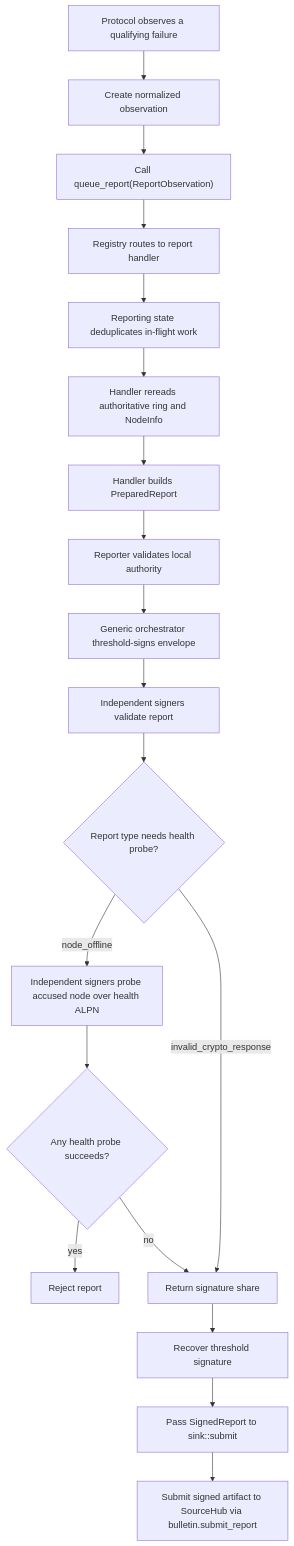
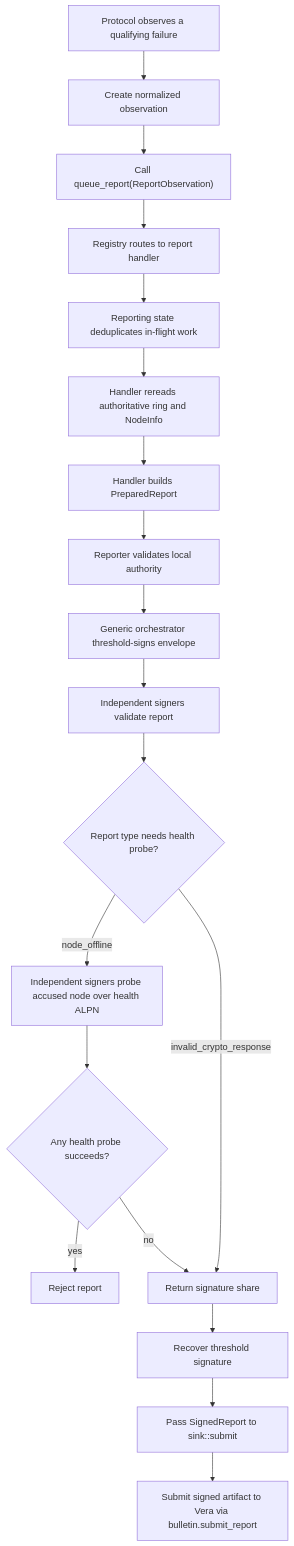
Before and after one commit to sourcenetwork/orbis-rs: the diagram in bin/orbis-node/src/reporting/README.md, drawn with Mermaid. The commit also changed other lines of this file and 106 other files, not shown here.

````diff
--- a/bin/orbis-node/src/reporting/README.md
+++ b/bin/orbis-node/src/reporting/README.md
@@ -55,21 +55,21 @@
 ```mermaid
 flowchart TD
     A["Protocol observes a qualifying failure"] --> B["Create normalized observation"]
     B --> C["Call queue_report(ReportObservation)"]
     C --> D["Registry routes to report handler"]
     D --> E["Reporting state deduplicates in-flight work"]
     E --> F["Handler rereads authoritative ring and NodeInfo"]
     F --> G["Handler builds PreparedReport"]
     G --> H["Reporter validates local authority"]
     H --> I["Generic orchestrator threshold-signs envelope"]
     I --> J["Independent signers validate report"]
     J --> K{"Report type needs health probe?"}
     K -- "node_offline" --> L["Independent signers probe accused node over health ALPN"]
     L --> M{"Any health probe succeeds?"}
     M -- "yes" --> N["Reject report"]
     M -- "no" --> O["Return signature share"]
     K -- "invalid_crypto_response" --> O
     O --> P["Recover threshold signature"]
     P --> Q["Pass SignedReport to sink::submit"]
-    Q --> R["Submit signed artifact to SourceHub via bulletin.submit_report"]
+    Q --> R["Submit signed artifact to Vera via bulletin.submit_report"]
 ```
````
